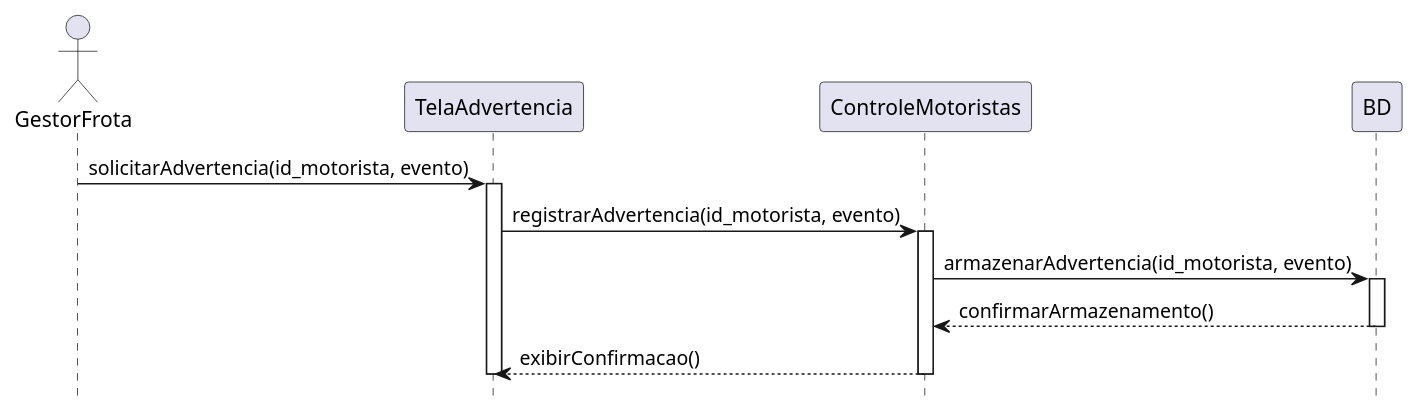
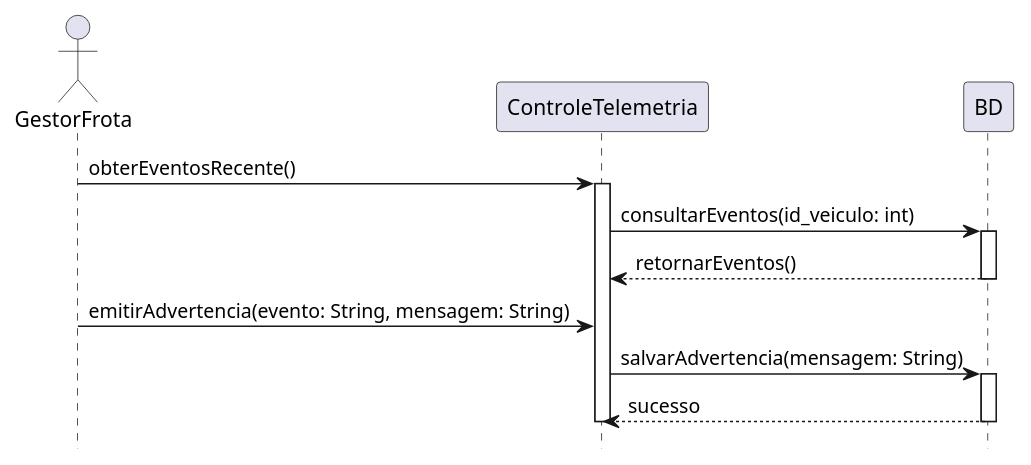
The diagram in Gerenciamento de Frotas/Diagramas de Sequencias/Corrigir ou Advertir Motoristas.iuml (Pollyanadias/Sistema-de-Gerenciamento-de-Frotas), drawn with PlantUML before and after one commit.

Commit message:
Update Corrigir ou Advertir Motoristas.iuml

```diff
--- a/Gerenciamento de Frotas/Diagramas de Sequencias/Corrigir ou Advertir Motoristas.iuml
+++ b/Gerenciamento de Frotas/Diagramas de Sequencias/Corrigir ou Advertir Motoristas.iuml
@@ -1,26 +1,26 @@
 @startuml "Corrigir ou Advertir Motoristas"
 hide footbox
 
 actor GestorFrota as gestor_ator
-participant TelaAdvertencia as tela_advertencia
-participant ControleMotoristas as controle_motoristas
+participant ControleTelemetria as controle_telemetria
 participant BD as bd
 
-gestor_ator -> tela_advertencia: solicitarAdvertencia(id_motorista, evento)
-activate tela_advertencia
+gestor_ator -> controle_telemetria: obterEventosRecente()
+activate controle_telemetria
 
-tela_advertencia -> controle_motoristas: registrarAdvertencia(id_motorista, evento)
-activate controle_motoristas
-
-controle_motoristas -> bd: armazenarAdvertencia(id_motorista, evento)
+controle_telemetria -> bd: consultarEventos(id_veiculo: int)
 activate bd
 
-bd --> controle_motoristas: confirmarArmazenamento()
+bd --> controle_telemetria: retornarEventos()
 deactivate bd
 
-controle_motoristas --> tela_advertencia: exibirConfirmacao()
-deactivate controle_motoristas
+gestor_ator -> controle_telemetria: emitirAdvertencia(evento: String, mensagem: String)
+controle_telemetria -> bd: salvarAdvertencia(mensagem: String)
+activate bd
 
-deactivate tela_advertencia
+bd --> controle_telemetria: sucesso
 
+deactivate bd
+
+deactivate controle_telemetria
 @enduml
```
